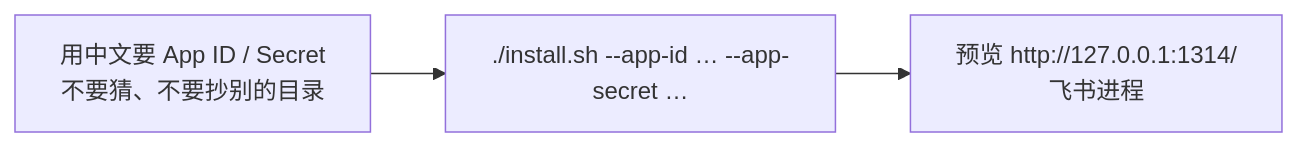
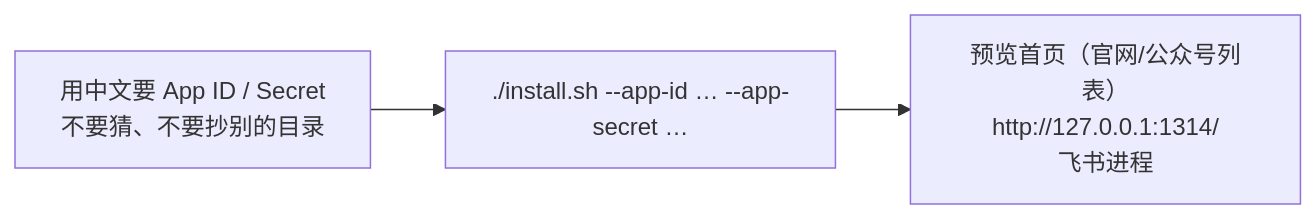
The second of 3 diagrams in AGENTS.md (dinghongfei/xiaoqi), drawn with Mermaid before and after one commit. The commit also changed other lines of this file and 10 other files, not shown here.

````diff
--- a/AGENTS.md
+++ b/AGENTS.md
@@ -37,5 +37,5 @@
 ```mermaid
 flowchart LR
   ask["用中文要 App ID / Secret<br/>不要猜、不要抄别的目录"] --> run["./install.sh --app-id … --app-secret …"]
-  run --> ready["预览 http://127.0.0.1:1314/<br/>飞书进程"]
+  run --> ready["预览首页（官网/公众号列表）<br/>http://127.0.0.1:1314/<br/>飞书进程"]
 ```
````
